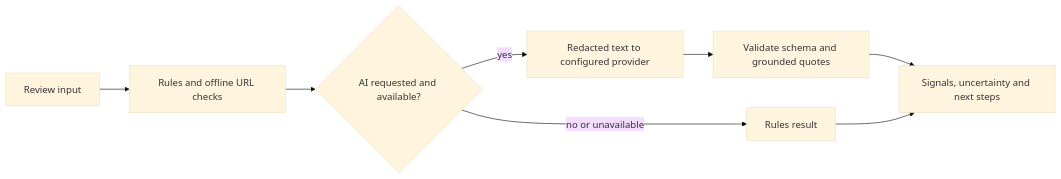
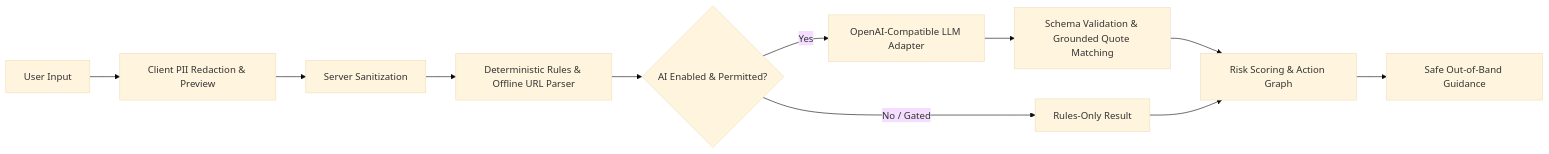
The diagram in README.md (yuanweize/OverTo.AI), drawn with Mermaid (base theme) before and after one commit. The commit also changed other lines of this file and 11 other files, not shown here.

Commit message:
docs: overhaul README, modernize product showcase, and reconcile architecture docs (#6)

````diff
--- a/README.md
+++ b/README.md
@@ -87,10 +110,13 @@
 ```mermaid
 flowchart LR
-  A[Review input] --> B[Rules and offline URL checks]
-  B --> C{AI requested and available?}
-  C -->|yes| D[Redacted text to configured provider]
-  D --> E[Validate schema and grounded quotes]
-  C -->|no or unavailable| F[Rules result]
-  E --> G[Signals, uncertainty and next steps]
-  F --> G
+  A[User Input] --> B[Client PII Redaction & Preview]
+  B --> C[Server Sanitization]
+  C --> D[Deterministic Rules & Offline URL Parser]
+  D --> E{AI Enabled & Permitted?}
+  E -->|Yes| F[OpenAI-Compatible LLM Adapter]
+  F --> G[Schema Validation & Grounded Quote Matching]
+  E -->|No / Gated| H[Rules-Only Result]
+  G --> I[Risk Scoring & Action Graph]
+  H --> I
+  I --> J[Safe Out-of-Band Guidance]
 ```
````
